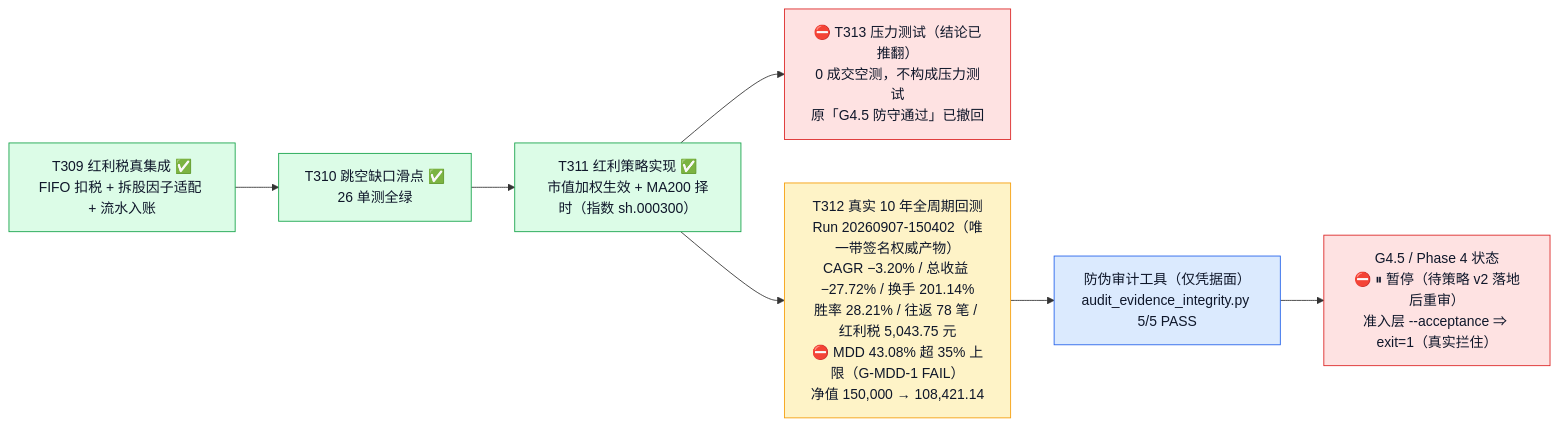
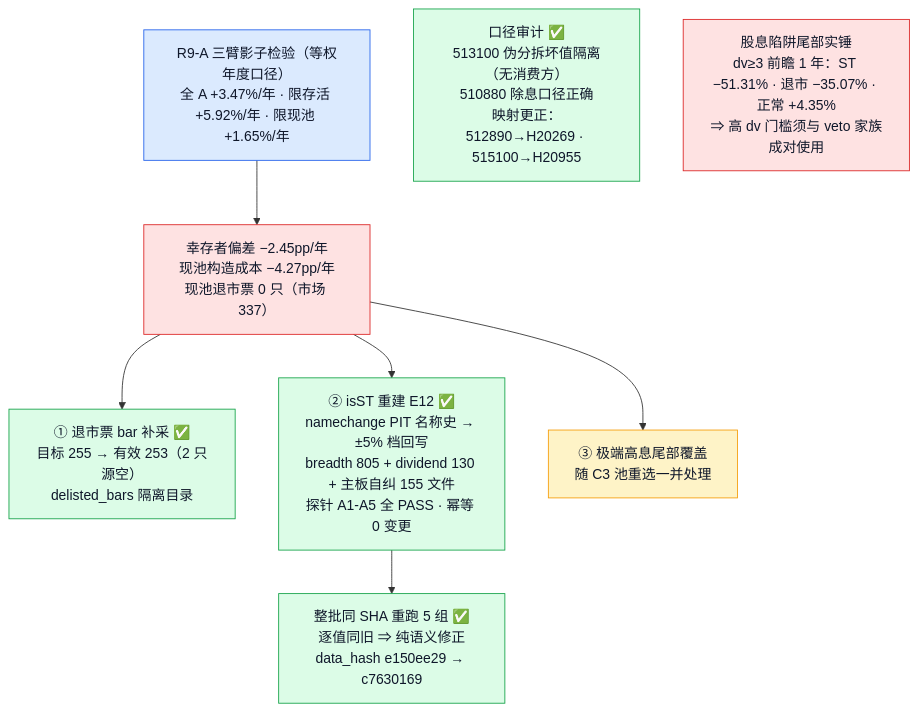
Before and after one commit to YZml1507/FinAI2.0: the fifth of 8 diagrams in docs/project_status_flowchart.md, drawn with Mermaid. The commit also changed other lines of this file and 2 other files, not shown here.

First line of the commit message:
docs(flowchart)+test: Alpha时代重构project_status_flowchart(.md+.html镜像)——基建/谱系基线矩阵/判负史归因/数据去偏/C3/门禁/测试基线/队列/缺口/治理时代压缩归档十节;指标走表头关键词+数据行裸数字+权威产物锚定行,零gate-doc-ignore即过G-DOC-1/G-REF-1;allowed_counts该文件区间(1,1)→(0,None)同步守卫;pytest 1092绿

````diff
--- a/docs/project_status_flowchart.md
+++ b/docs/project_status_flowchart.md
@@ -151,16 +127,19 @@
 ```mermaid
-flowchart LR
-  T309["T309 红利税真集成 ✅<br/>FIFO 扣税 + 拆股因子适配 + 流水入账"] --> T310["T310 跳空缺口滑点 ✅<br/>26 单测全绿"]
-  T310 --> T311["T311 红利策略实现 ✅<br/>市值加权生效 + MA200 择时（指数 sh.000300）"]
-  T311 --> T313["⛔ T313 压力测试（结论已推翻）<br/>0 成交空测，不构成压力测试<br/>原「G4.5 防守通过」已撤回"]
-  T311 --> T312["T312 真实 10 年全周期回测<br/>Run 20260907-150402（唯一带签名权威产物）<br/>CAGR −3.20% / 总收益 −27.72% / 换手 201.14%<br/>胜率 28.21% / 往返 78 笔 / 红利税 5,043.75 元<br/>⛔ MDD 43.08% 超 35% 上限（G-MDD-1 FAIL）<br/>净值 150,000 → 108,421.14"]
-  T312 --> AUDIT["防伪审计工具（仅凭据面）<br/>audit_evidence_integrity.py 5/5 PASS"]
-  AUDIT --> G45["G4.5 / Phase 4 状态<br/>⛔ ⏸ 暂停（待策略 v2 落地后重审）<br/>准入层 --acceptance ⇒ exit=1（真实拦住）"]
-  style T309 fill:#dcfce7,stroke:#16a34a,color:#0f172a
-  style T310 fill:#dcfce7,stroke:#16a34a,color:#0f172a
-  style T311 fill:#dcfce7,stroke:#16a34a,color:#0f172a
-  style T313 fill:#fee2e2,stroke:#dc2626,color:#0f172a
-  style T312 fill:#fef3c7,stroke:#f59e0b,color:#0f172a
-  style AUDIT fill:#dbeafe,stroke:#2563eb,color:#0f172a
-  style G45 fill:#fee2e2,stroke:#dc2626,color:#0f172a
+flowchart TD
+  SB["R9-A 三臂影子检验（等权年度口径）<br/>全 A +3.47%/年 · 限存活 +5.92%/年 · 限现池 +1.65%/年"]
+  SB --> S1["幸存者偏差 −2.45pp/年<br/>现池构造成本 −4.27pp/年<br/>现池退市票 0 只（市场 337）"]
+  S1 --> F1["① 退市票 bar 补采 ✅<br/>目标 255 → 有效 253（2 只源空）<br/>delisted_bars 隔离目录"]
+  S1 --> F2["② isST 重建 E12 ✅<br/>namechange PIT 名称史 → ±5% 档回写<br/>breadth 805 + dividend 130 + 主板自纠 155 文件<br/>探针 A1-A5 全 PASS · 幂等 0 变更"]
+  F2 --> F2B["整批同 SHA 重跑 5 组 ✅<br/>逐值同旧 ⇒ 纯语义修正<br/>data_hash e150ee29 → c7630169"]
+  S1 --> F3["③ 极端高息尾部覆盖<br/>随 C3 池重选一并处理"]
+  AQ["口径审计 ✅<br/>513100 伪分拆坏值隔离（无消费方）<br/>510880 除息口径正确<br/>映射更正：512890→H20269 · 515100→H20955"]
+  TRAP["股息陷阱尾部实锤<br/>dv≥3 前瞻 1 年：ST −51.31% · 退市 −35.07% · 正常 +4.35%<br/>⇒ 高 dv 门槛须与 veto 家族成对使用"]
+  style SB fill:#dbeafe,stroke:#2563eb,color:#0f172a
+  style S1 fill:#fee2e2,stroke:#dc2626,color:#0f172a
+  style F1 fill:#dcfce7,stroke:#16a34a,color:#0f172a
+  style F2 fill:#dcfce7,stroke:#16a34a,color:#0f172a
+  style F2B fill:#dcfce7,stroke:#16a34a,color:#0f172a
+  style F3 fill:#fef3c7,stroke:#f59e0b,color:#0f172a
+  style AQ fill:#dcfce7,stroke:#16a34a,color:#0f172a
+  style TRAP fill:#fee2e2,stroke:#dc2626,color:#0f172a
 ```
````
